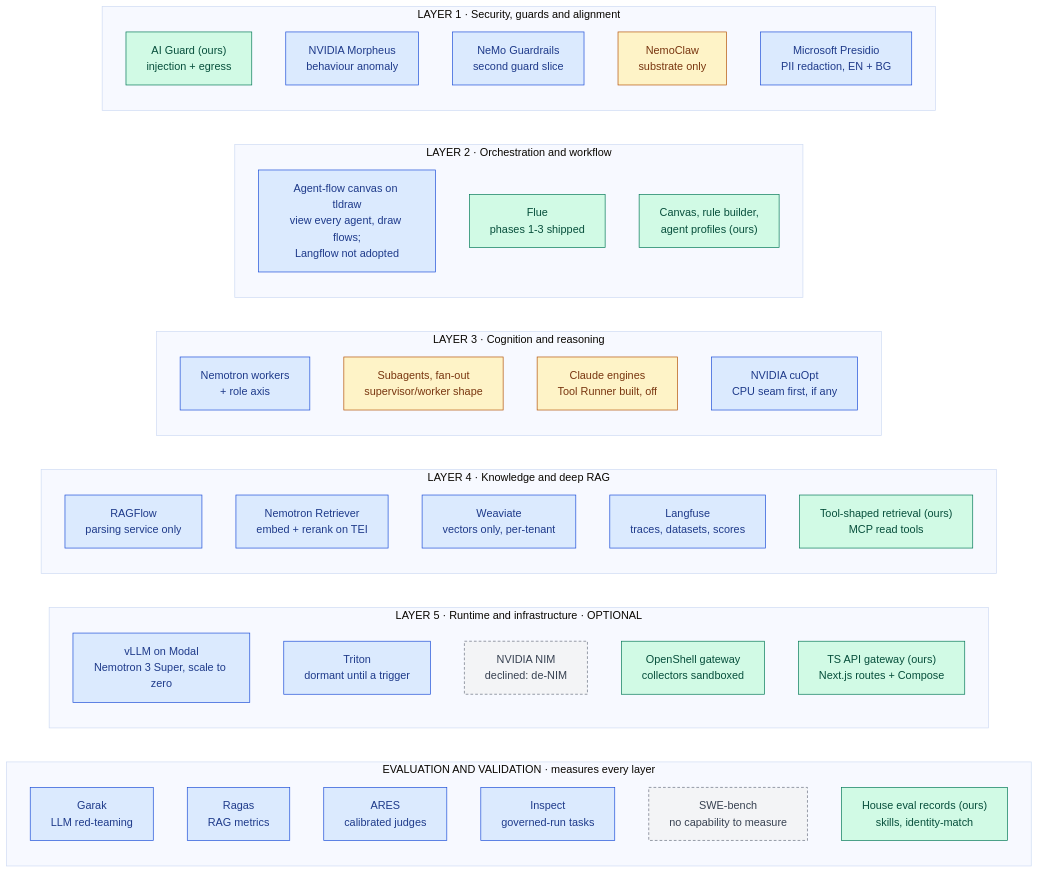
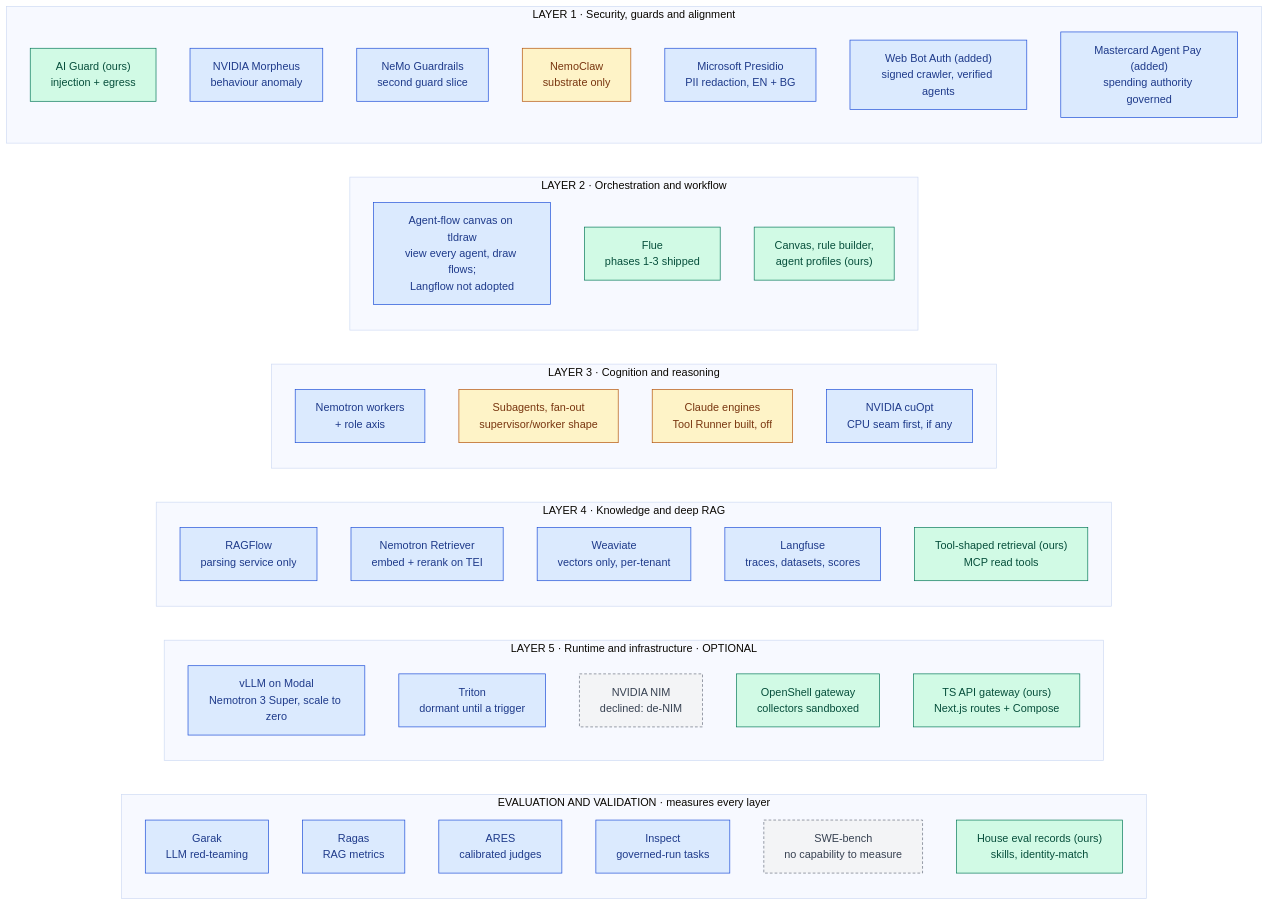
The first of 5 diagrams in docs/ai-architecture-roadmap.md (RodnaPamet/inflect-compliance), drawn with Mermaid (base theme) before and after one commit. The commit also changed other lines of this file and 4 other files, not shown here.

First line of the commit message:
docs(ai-architecture): add Web Bot Auth and Mastercard Agent Pay to the roadmap (#4617)

````diff
--- a/docs/ai-architecture-roadmap.md
+++ b/docs/ai-architecture-roadmap.md
@@ -43,59 +43,61 @@
 ```mermaid
 flowchart LR
   subgraph EV["EVALUATION AND VALIDATION · measures every layer"]
     direction TB
     GA["Garak<br/>LLM red-teaming"]:::todo
     RA["Ragas<br/>RAG metrics"]:::todo
     AR["ARES<br/>calibrated judges"]:::todo
     IS["Inspect<br/>governed-run tasks"]:::todo
     SB["SWE-bench<br/>no capability to measure"]:::declined
     HR["House eval records (ours)<br/>skills, identity-match"]:::done
   end
 
   subgraph L5["LAYER 5 · Runtime and infrastructure · OPTIONAL"]
     direction TB
     MD["vLLM on Modal<br/>Nemotron 3 Super, scale to zero"]:::todo
     TT["Triton<br/>dormant until a trigger"]:::todo
     NIM["NVIDIA NIM<br/>declined: de-NIM"]:::declined
     OS["OpenShell gateway<br/>collectors sandboxed"]:::done
     GW["TS API gateway (ours)<br/>Next.js routes + Compose"]:::done
   end
 
   subgraph L4["LAYER 4 · Knowledge and deep RAG"]
     direction TB
     RF["RAGFlow<br/>parsing service only"]:::todo
     RT["Nemotron Retriever<br/>embed + rerank on TEI"]:::todo
     WV["Weaviate<br/>vectors only, per-tenant"]:::todo
     LU["Langfuse<br/>traces, datasets, scores"]:::todo
     TR["Tool-shaped retrieval (ours)<br/>MCP read tools"]:::done
   end
 
   subgraph L3["LAYER 3 · Cognition and reasoning"]
     direction TB
     NR["Nemotron workers<br/>+ role axis"]:::todo
     SW["Subagents, fan-out<br/>supervisor/worker shape"]:::partial
     CL["Claude engines<br/>Tool Runner built, off"]:::partial
     CO["NVIDIA cuOpt<br/>CPU seam first, if any"]:::todo
   end
 
   subgraph L2["LAYER 2 · Orchestration and workflow"]
     direction TB
     LF["Agent-flow canvas on tldraw<br/>view every agent, draw flows;<br/>Langflow not adopted"]:::todo
     FL["Flue<br/>phases 1-3 shipped"]:::done
     CV["Canvas, rule builder,<br/>agent profiles (ours)"]:::done
   end
 
   subgraph L1["LAYER 1 · Security, guards and alignment"]
     direction TB
     AG["AI Guard (ours)<br/>injection + egress"]:::done
     MO["NVIDIA Morpheus<br/>behaviour anomaly"]:::todo
     NG["NeMo Guardrails<br/>second guard slice"]:::todo
     NC["NemoClaw<br/>substrate only"]:::partial
     PR["Microsoft Presidio<br/>PII redaction, EN + BG"]:::todo
+    WB["Web Bot Auth (added)<br/>signed crawler, verified agents"]:::todo
+    MA["Mastercard Agent Pay (added)<br/>spending authority governed"]:::todo
   end
 
   classDef done fill:#d1fae5,stroke:#047857,color:#064e3b
   classDef partial fill:#fef3c7,stroke:#b45309,color:#78350f
   classDef todo fill:#dbeafe,stroke:#1d4ed8,color:#1e3a8a
   classDef declined fill:#f3f4f6,stroke:#6b7280,color:#374151,stroke-dasharray:4 3
 ```
````
